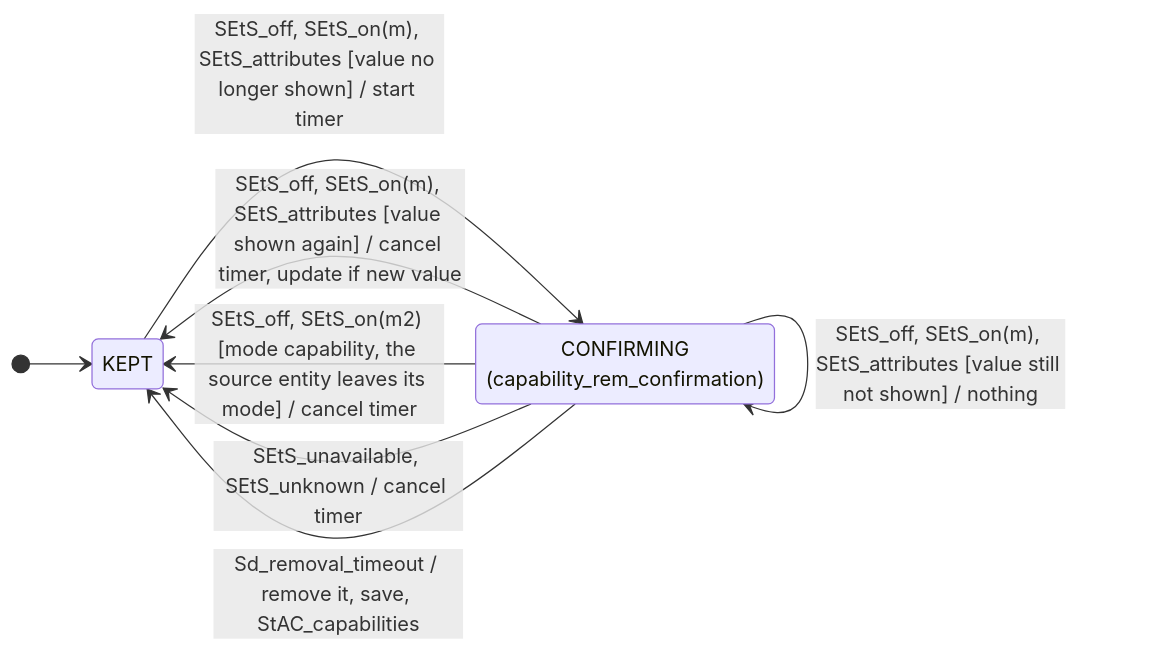
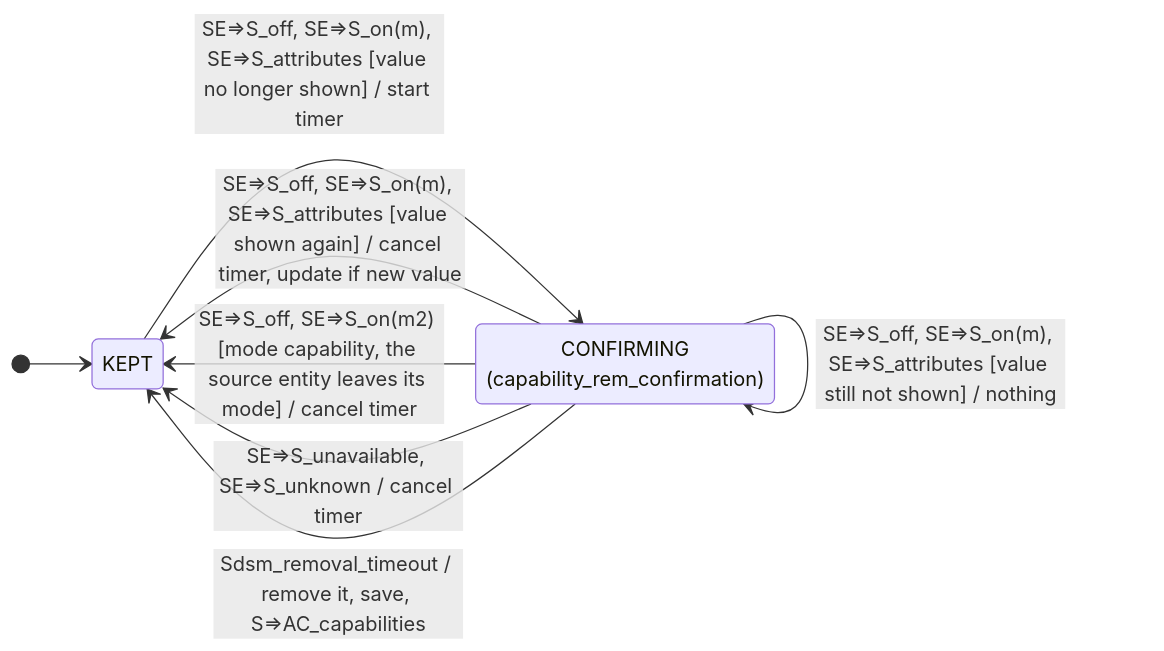
The third of 21 diagrams in SPEC.md (marsoupilami25/adaptative-climate), drawn with Mermaid before and after one commit. The commit also changed other lines of this file, not shown here.

````diff
--- a/SPEC.md
+++ b/SPEC.md
@@ -394,13 +531,13 @@
 ```mermaid
 stateDiagram-v2
     direction LR
     state "KEPT" as K
     state "CONFIRMING<br/>(capability_rem_confirmation)" as C
     [*] --> K
-    K --> C : SEtS_off, SEtS_on(m), SEtS_attributes [value no longer shown] / start timer
-    C --> C : SEtS_off, SEtS_on(m), SEtS_attributes [value still not shown] / nothing
-    C --> K : SEtS_off, SEtS_on(m), SEtS_attributes [value shown again] / cancel timer, update if new value
-    C --> K : SEtS_off, SEtS_on(m2) [mode capability, the source entity leaves its mode] / cancel timer
-    C --> K : SEtS_unavailable, SEtS_unknown / cancel timer
-    C --> K : Sd_removal_timeout / remove it, save, StAC_capabilities
+    K --> C : SE=>S_off, SE=>S_on(m), SE=>S_attributes [value no longer shown] / start timer
+    C --> C : SE=>S_off, SE=>S_on(m), SE=>S_attributes [value still not shown] / nothing
+    C --> K : SE=>S_off, SE=>S_on(m), SE=>S_attributes [value shown again] / cancel timer, update if new value
+    C --> K : SE=>S_off, SE=>S_on(m2) [mode capability, the source entity leaves its mode] / cancel timer
+    C --> K : SE=>S_unavailable, SE=>S_unknown / cancel timer
+    C --> K : Sdsm_removal_timeout / remove it, save, S=>AC_capabilities
 ```
````
